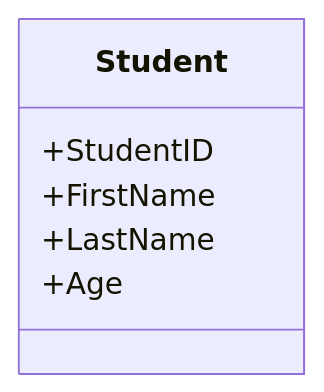
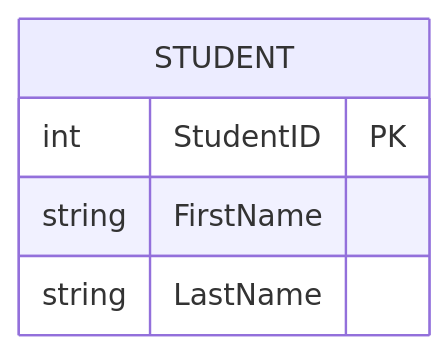
Before and after one commit to rojan-hamdy/relational-database-fundamentals: diagram 12 of 17 in 02_Conceptual_and_Logical_Design/01_ER_Model/theory.md, drawn with Mermaid. The commit also changed other lines of this file and 1 other file, not shown here.

````diff
--- a/02_Conceptual_and_Logical_Design/01_ER_Model/theory.md
+++ b/02_Conceptual_and_Logical_Design/01_ER_Model/theory.md
@@ -43,9 +145,8 @@
 ```mermaid
-classDiagram
-    class Student {
-        +StudentID
-        +FirstName
-        +LastName
-        +Age
+erDiagram
+    STUDENT {
+        int StudentID PK
+        string FirstName
+        string LastName
     }
 ```
````
